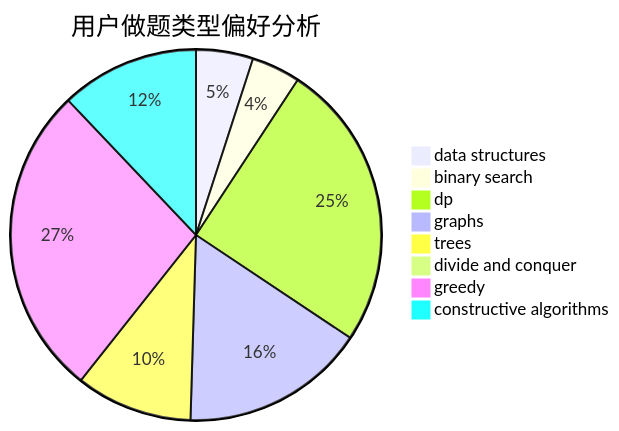
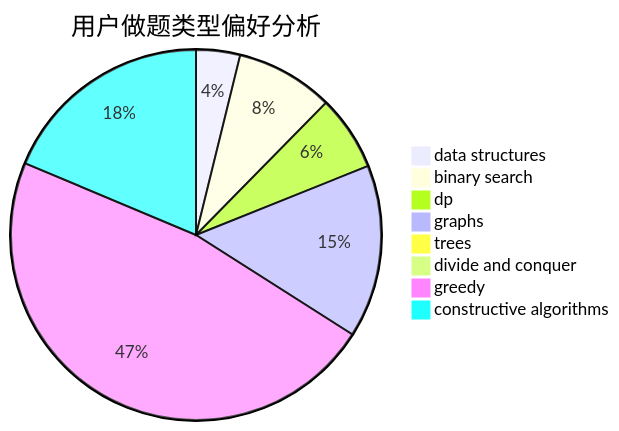
One commit to sherpahu/cfrs.github.io changed the second of 3 diagrams in docs/user/u50.md. Above: the diagram before and after it, drawn with Mermaid. The commit also changed other lines of this file and 2770 other files, not shown here.

````diff
--- a/docs/user/u50.md
+++ b/docs/user/u50.md
@@ -23,11 +23,11 @@
 ```mermaid
 pie title 用户做题类型偏好分析
-    "data structures" :  21
-    "binary search" :  18
-    "dp" :  106
-    "graphs" :  68
-    "trees" :  43
-    "divide and conquer" :  0
-    "greedy" :  115
-    "constructive algorithms" :  51
+    "data structures" :  45
+    "binary search" :  100
+    "dp" :  77
+    "graphs" :  177
+    "trees" :  11
+    "divide and conquer" :  9
+    "greedy" :  555
+    "constructive algorithms" :  219
 ```
````
